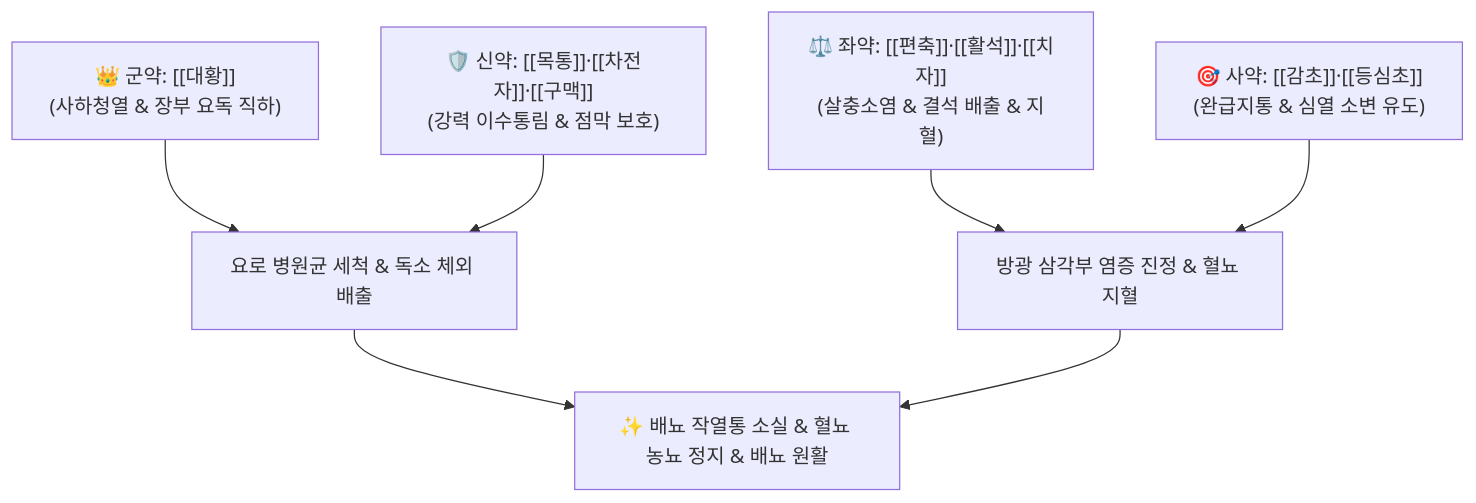
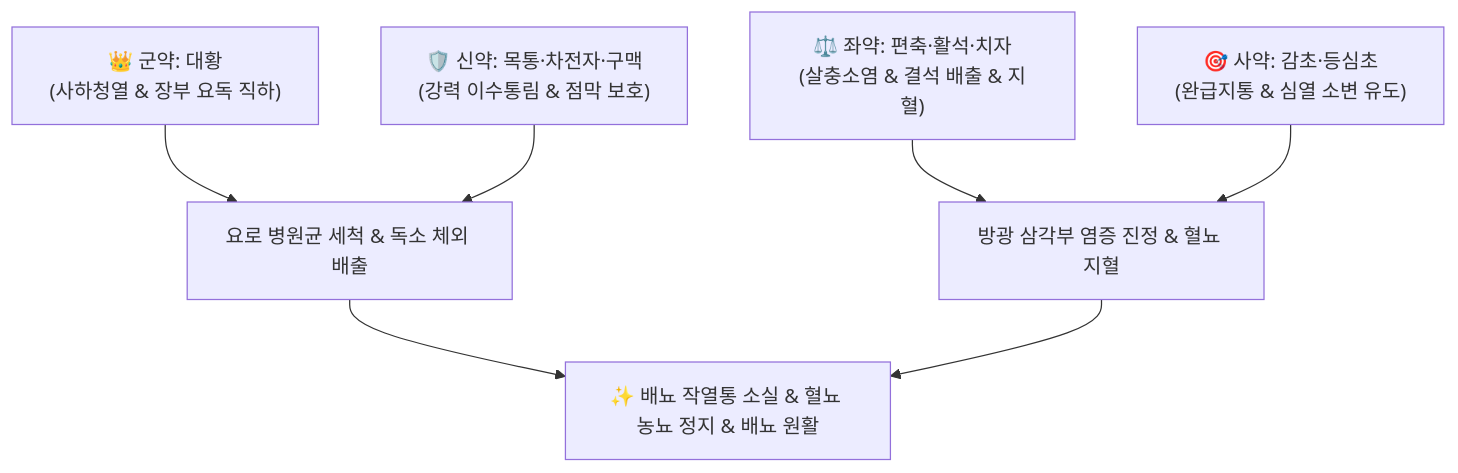
The diagram in content/2. 약리 공부/처방/03_화담·거습·이수제/팔정산.md (simbio11/simbio-digital-garden2), drawn with Mermaid before and after one commit. The commit also changed other lines of this file and 122 other files, not shown here.

````diff
--- a/content/2. 약리 공부/처방/03_화담·거습·이수제/팔정산.md
+++ b/content/2. 약리 공부/처방/03_화담·거습·이수제/팔정산.md
@@ -59,9 +59,9 @@
 ```mermaid
 graph TD
-    Gun["👑 군약: [[대황]]<br>(사하청열 & 장부 요독 직하)"] --> Drain["요로 병원균 세척 & 독소 체외 배출"]
-    Sin["🛡️ 신약: [[목통]]·[[차전자]]·[[구맥]]<br>(강력 이수통림 & 점막 보호)"] --> Drain
-    Jwa["⚖️ 좌약: [[편축]]·[[활석]]·[[치자]]<br>(살충소염 & 결석 배출 & 지혈)"] --> Calm["방광 삼각부 염증 진정 & 혈뇨 지혈"]
-    Sa["🎯 사약: [[감초]]·[[등심초]]<br>(완급지통 & 심열 소변 유도)"] --> Calm
+    Gun["👑 군약: 대황<br>(사하청열 & 장부 요독 직하)"] --> Drain["요로 병원균 세척 & 독소 체외 배출"]
+    Sin["🛡️ 신약: 목통·차전자·구맥<br>(강력 이수통림 & 점막 보호)"] --> Drain
+    Jwa["⚖️ 좌약: 편축·활석·치자<br>(살충소염 & 결석 배출 & 지혈)"] --> Calm["방광 삼각부 염증 진정 & 혈뇨 지혈"]
+    Sa["🎯 사약: 감초·등심초<br>(완급지통 & 심열 소변 유도)"] --> Calm
     Drain --> Outcome["✨ 배뇨 작열통 소실 & 혈뇨 농뇨 정지 & 배뇨 원활"]
     Calm --> Outcome
 ```
````
